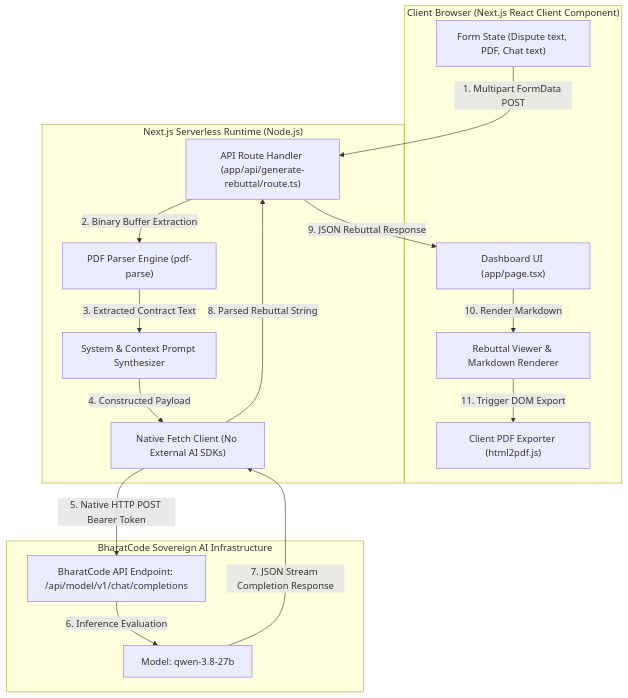
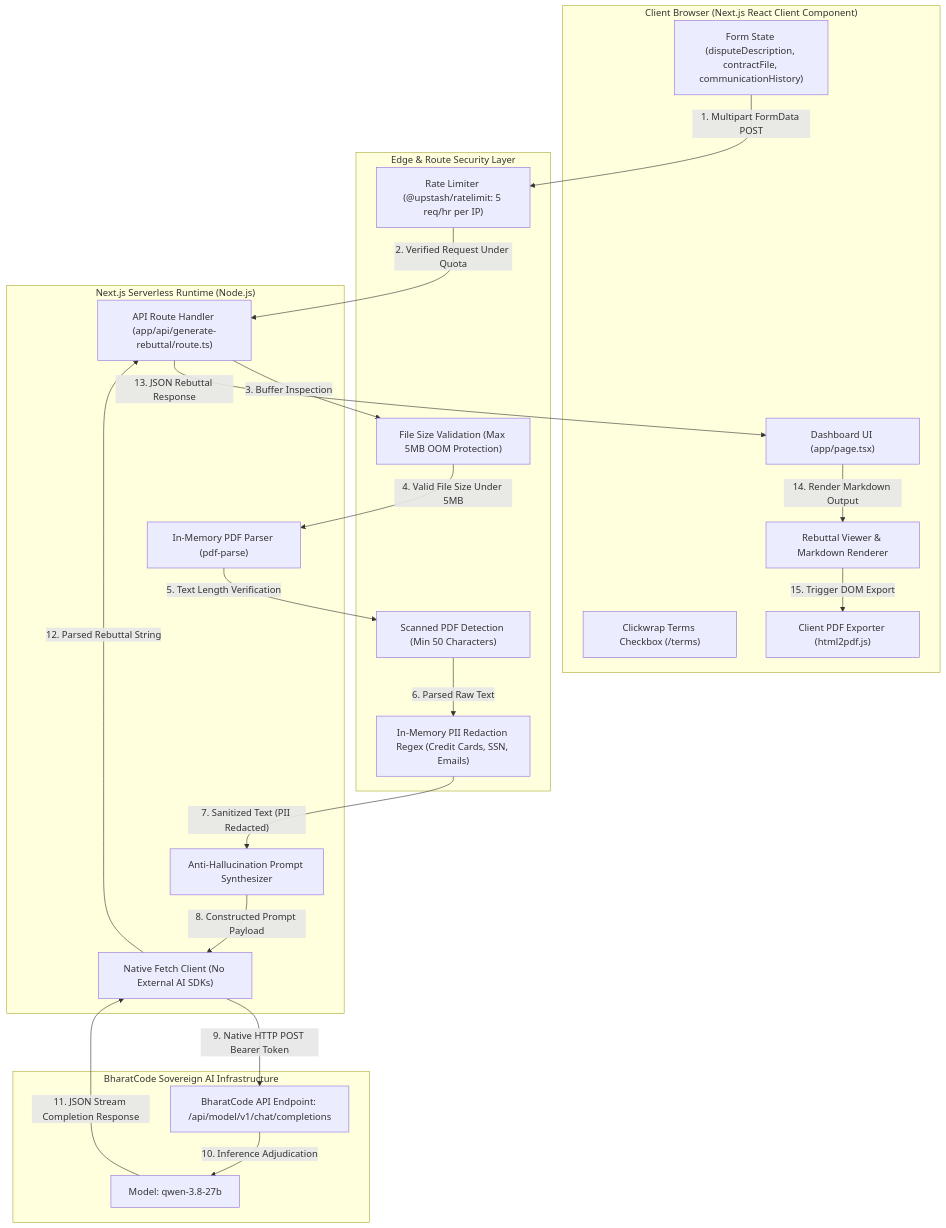
One commit to ursarthak001/NYAYA-AI changed the diagram in ARCHITECTURE.md. Above: the diagram before and after it, drawn with Mermaid. The commit also changed other lines of this file and 5 other files, not shown here.

Commit message:
sec(api): add 5MB buffer validation, IP fallback rate limiting, email PII regex redaction, and updated architecture specs

````diff
--- a/ARCHITECTURE.md
+++ b/ARCHITECTURE.md
@@ -13,33 +13,45 @@
 ```mermaid
 graph TD
     subgraph Client ["Client Browser (Next.js React Client Component)"]
         UI["Dashboard UI (app/page.tsx)"]
-        Form["Form State (Dispute text, PDF, Chat text)"]
+        Form["Form State (disputeDescription, contractFile, communicationHistory)"]
+        Clickwrap["Clickwrap Terms Checkbox (/terms)"]
         ExportPDF["Client PDF Exporter (html2pdf.js)"]
         Preview["Rebuttal Viewer & Markdown Renderer"]
     end
 
+    subgraph SecurityShield ["Edge & Route Security Layer"]
+        RateLimit["Rate Limiter (@upstash/ratelimit: 5 req/hr per IP)"]
+        FileSizeCheck["File Size Validation (Max 5MB OOM Protection)"]
+        ScannedCheck["Scanned PDF Detection (Min 50 Characters)"]
+        PIIScrubber["In-Memory PII Redaction Regex (Credit Cards, SSN, Emails)"]
+    end
+
     subgraph Serverless ["Next.js Serverless Runtime (Node.js)"]
         APIRoute["API Route Handler (app/api/generate-rebuttal/route.ts)"]
-        PDFParser["PDF Parser Engine (pdf-parse)"]
-        PromptEngine["System & Context Prompt Synthesizer"]
+        PDFParser["In-Memory PDF Parser (pdf-parse)"]
+        PromptEngine["Anti-Hallucination Prompt Synthesizer"]
         FetchClient["Native Fetch Client (No External AI SDKs)"]
     end
 
     subgraph BharatCodeGateway ["BharatCode Sovereign AI Infrastructure"]
         LLM["BharatCode API Endpoint: /api/model/v1/chat/completions"]
         Model["Model: qwen-3.8-27b"]
     end
 
-    Form -->|"1. Multipart FormData POST"| APIRoute
-    APIRoute -->|"2. Binary Buffer Extraction"| PDFParser
-    PDFParser -->|"3. Extracted Contract Text"| PromptEngine
-    PromptEngine -->|"4. Constructed Payload"| FetchClient
-    FetchClient -->|"5. Native HTTP POST Bearer Token"| LLM
-    LLM -->|"6. Inference Evaluation"| Model
-    Model -->|"7. JSON Stream Completion Response"| FetchClient
-    FetchClient -->|"8. Parsed Rebuttal String"| APIRoute
-    APIRoute -->|"9. JSON Rebuttal Response"| UI
-    UI -->|"10. Render Markdown"| Preview
-    Preview -->|"11. Trigger DOM Export"| ExportPDF
+    Form -->|"1. Multipart FormData POST"| RateLimit
+    RateLimit -->|"2. Verified Request Under Quota"| APIRoute
+    APIRoute -->|"3. Buffer Inspection"| FileSizeCheck
+    FileSizeCheck -->|"4. Valid File Size Under 5MB"| PDFParser
+    PDFParser -->|"5. Text Length Verification"| ScannedCheck
+    ScannedCheck -->|"6. Parsed Raw Text"| PIIScrubber
+    PIIScrubber -->|"7. Sanitized Text (PII Redacted)"| PromptEngine
+    PromptEngine -->|"8. Constructed Prompt Payload"| FetchClient
+    FetchClient -->|"9. Native HTTP POST Bearer Token"| LLM
+    LLM -->|"10. Inference Adjudication"| Model
+    Model -->|"11. JSON Stream Completion Response"| FetchClient
+    FetchClient -->|"12. Parsed Rebuttal String"| APIRoute
+    APIRoute -->|"13. JSON Rebuttal Response"| UI
+    UI -->|"14. Render Markdown Output"| Preview
+    Preview -->|"15. Trigger DOM Export"| ExportPDF
 ```
````
